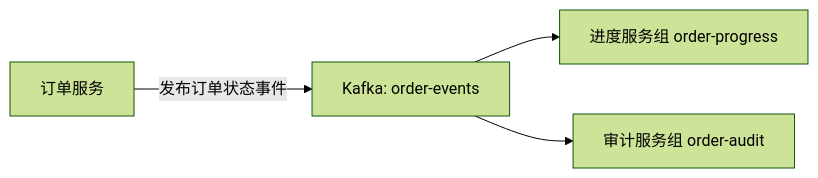
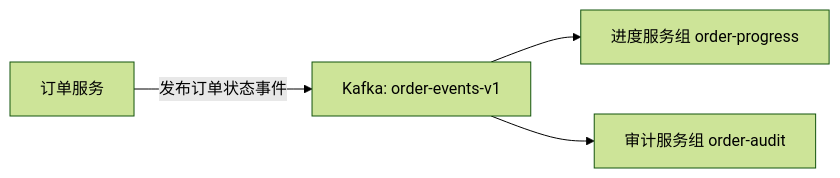
One commit to zzxrepository/gocode changed the first of 3 diagrams in src/backend/message-queue/kafka/09-go-sarama.md. Above: the diagram before and after it, drawn with Mermaid (forest theme). The commit also changed other lines of this file, not shown here.

````diff
--- a/src/backend/message-queue/kafka/09-go-sarama.md
+++ b/src/backend/message-queue/kafka/09-go-sarama.md
@@ -44,6 +44,6 @@
 ```mermaid
 flowchart LR
-    O[订单服务] -->|发布订单状态事件| K[Kafka: order-events]
+    O[订单服务] -->|发布订单状态事件| K[Kafka: order-events-v1]
     K --> P[进度服务组 order-progress]
     K --> A[审计服务组 order-audit]
 ```
````
